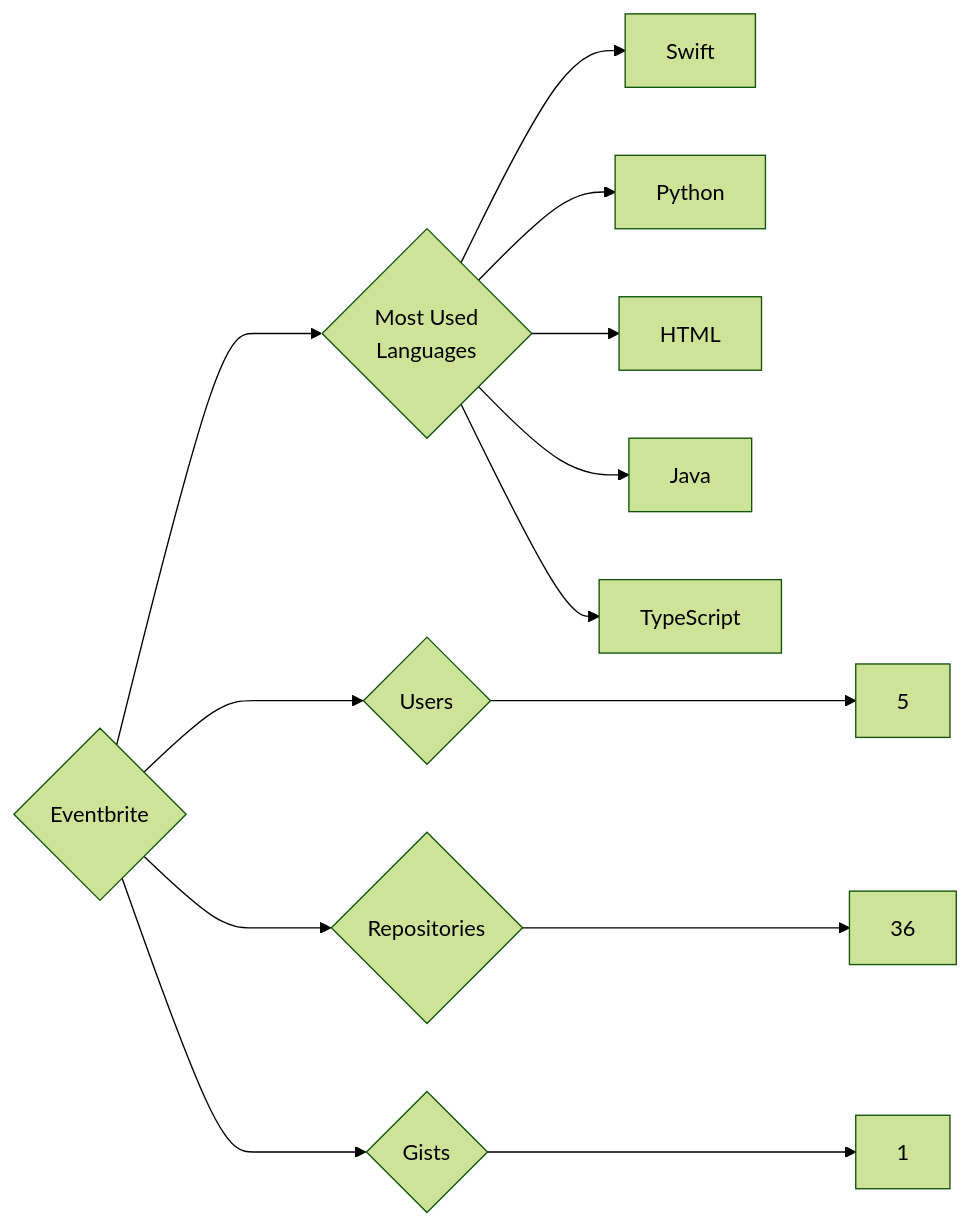
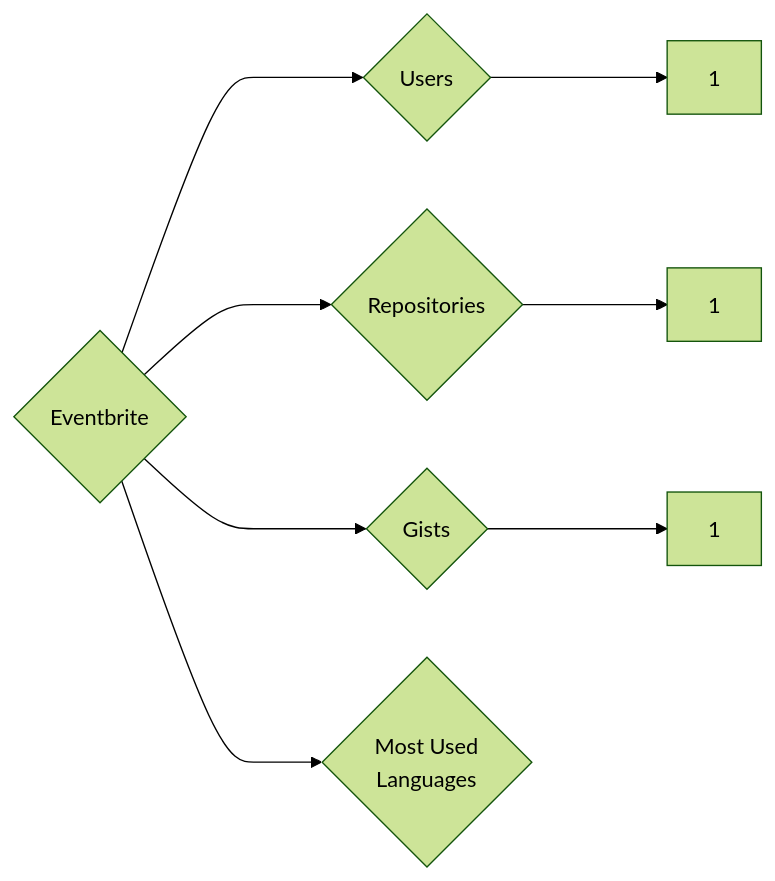
Before and after one commit to trickest/insiders: the diagram in targets/Eventbrite/README.md, drawn with Mermaid (forest theme). The commit also changed 559 other files, not shown here.

````diff
--- a/targets/Eventbrite/README.md
+++ b/targets/Eventbrite/README.md
@@ -3,13 +3,8 @@
 ```mermaid
 graph LR
 COMPANY_NAME{Eventbrite}
-COMPANY_NAME ---> U{Users} ---> UN[5]
-COMPANY_NAME ---> R{Repositories} ---> RN[36]
+COMPANY_NAME ---> U{Users} ---> UN[1]
+COMPANY_NAME ---> R{Repositories} ---> RN[1]
 COMPANY_NAME ---> G{Gists} ---> GN[1]
 COMPANY_NAME ---> ML{Most Used<br>Languages}
-ML --> Swift[Swift]
-ML --> Python[Python]
-ML --> HTML[HTML]
-ML --> Java[Java]
-ML --> TypeScript[TypeScript]
 ```
````
